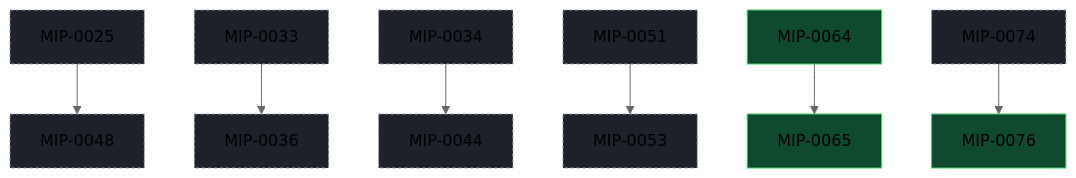
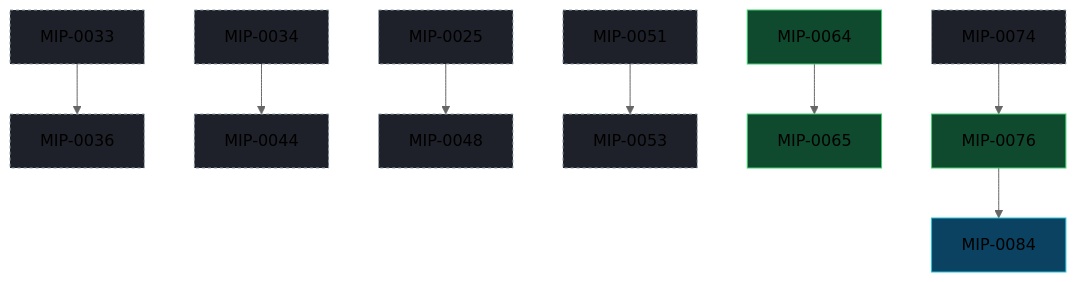
The diagram in docs/MIPs/README.md (marola-dev/marola), drawn with Mermaid (neutral theme) before and after one commit. The commit also changed other lines of this file and 2 other files, not shown here.

First paragraph of the commit message:
MIP-0084: docs(mips): MIP-0084, zero-setup routing (#774)
* docs(mips): MIP-0084, zero-setup routing

````diff
--- a/docs/MIPs/README.md
+++ b/docs/MIPs/README.md
@@ -97,25 +98,27 @@
 ```mermaid
 flowchart TD
   classDef draft fill:#1e2129,stroke:#8fa3b0,stroke-dasharray:3 3;
   classDef accepted fill:#0b4261,stroke:#1ac5da;
   classDef implemented fill:#0f4a2e,stroke:#3ecf6e;
   classDef rejected fill:#2a2d35,stroke:#666,color:#999;
   M0025["MIP-0025"]:::draft
   M0033["MIP-0033"]:::draft
   M0034["MIP-0034"]:::draft
   M0036["MIP-0036"]:::draft
   M0044["MIP-0044"]:::draft
   M0048["MIP-0048"]:::draft
   M0051["MIP-0051"]:::draft
   M0053["MIP-0053"]:::draft
   M0064["MIP-0064"]:::implemented
   M0065["MIP-0065"]:::implemented
   M0074["MIP-0074"]:::draft
   M0076["MIP-0076"]:::implemented
+  M0084["MIP-0084"]:::accepted
   M0025 --> M0048
   M0033 --> M0036
   M0034 --> M0044
   M0051 --> M0053
   M0064 --> M0065
   M0074 --> M0076
+  M0076 --> M0084
 ```
````
